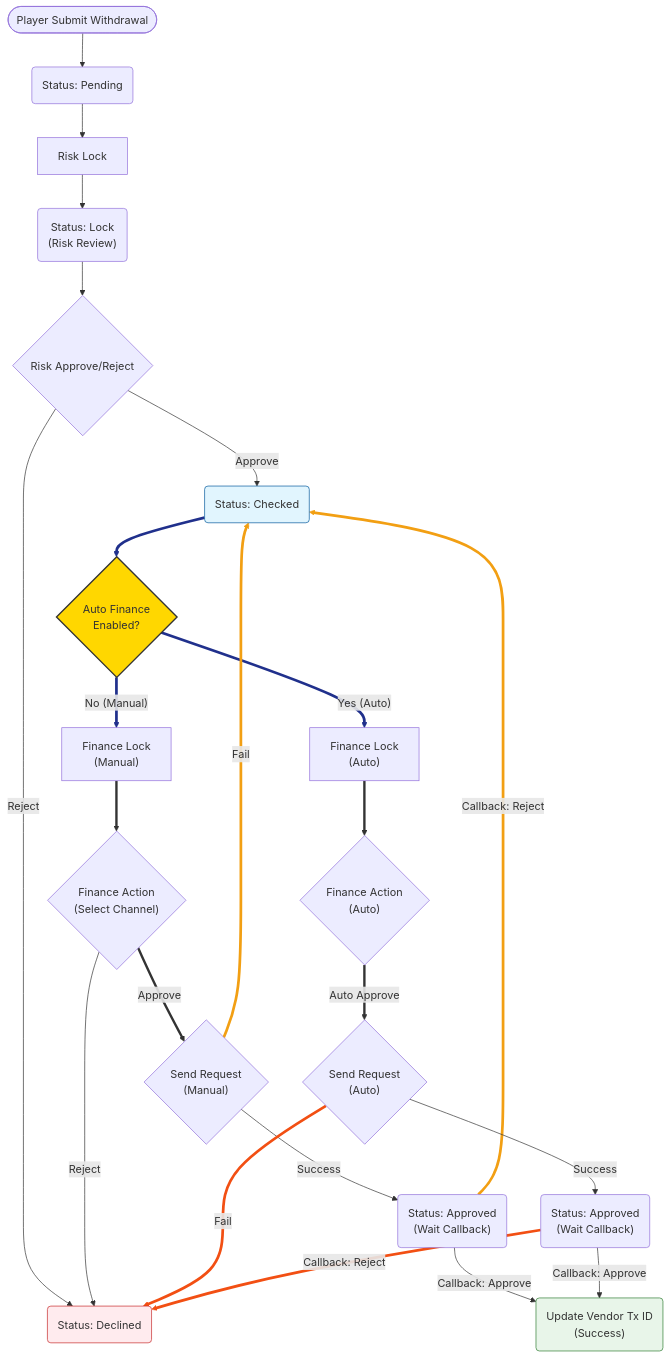
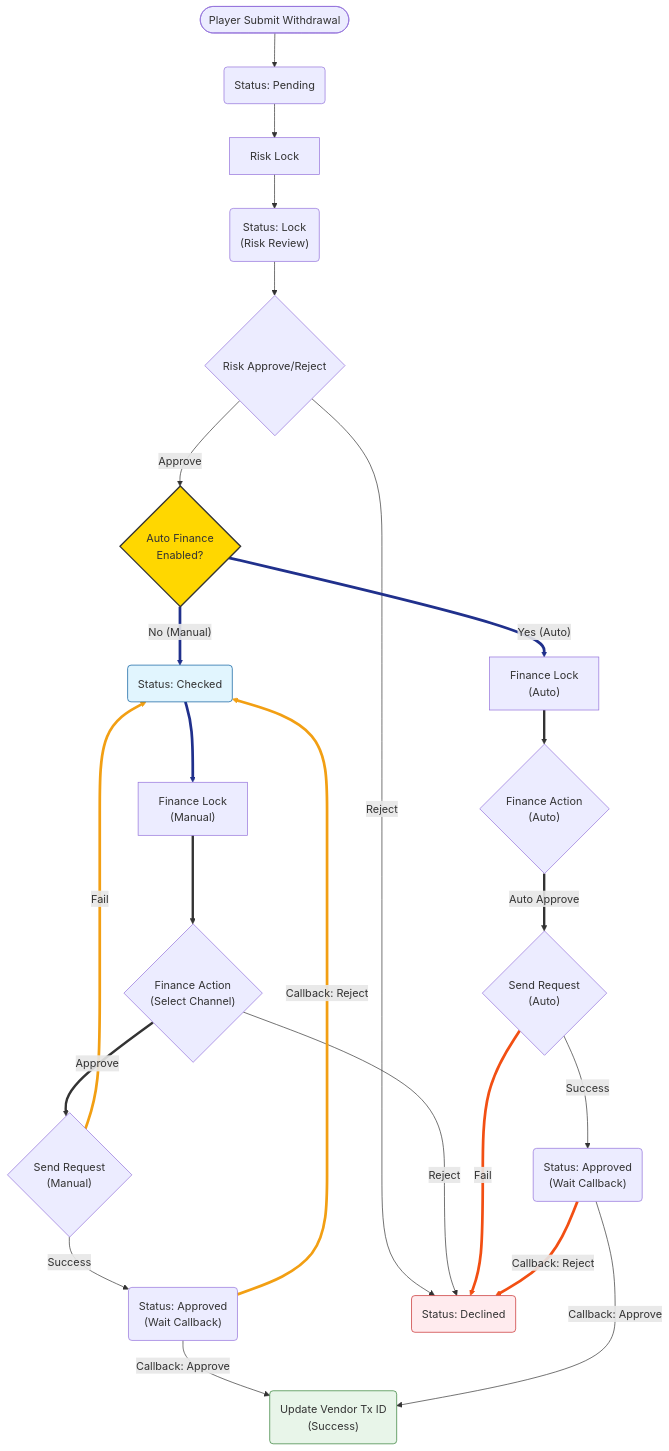
Before and after one commit to almightyken0425/SuSuGiGiSpec: the third of 3 diagrams in no99_archive/sitflowchart.md, drawn with Mermaid.

````diff
--- a/no99_archive/sitflowchart.md
+++ b/no99_archive/sitflowchart.md
@@ -203,78 +203,78 @@
 ```mermaid
 graph TD
     %% 節點定義
     Start(["Player Submit Withdrawal"])
     Pending("Status: Pending")
     
     RiskLockActionBox["Risk Lock"]
     RiskLock("Status: Lock<br/>(Risk Review)")
     
     RiskAction{"Risk Approve/Reject"}
     
     Switch{"Auto Finance<br/>Enabled?"}
     Checked("Status: Checked")
 
     FinanceLockM["Finance Lock<br/>(Manual)"]
     FinanceActionM{"Finance Action<br/>(Select Channel)"}
     RequestM{"Send Request<br/>(Manual)"}
     ApprovedM("Status: Approved<br/>(Wait Callback)")
 
     FinanceLockA["Finance Lock<br/>(Auto)"]
     FinanceActionA{"Finance Action<br/>(Auto)"}
     RequestA{"Send Request<br/>(Auto)"}
     ApprovedA("Status: Approved<br/>(Wait Callback)")
 
     Decline("Status: Declined")
     Success("Update Vendor Tx ID<br/>(Success)")
     
     %% 連接定義
     Start --> Pending
     Pending --> RiskLockActionBox
     RiskLockActionBox --> RiskLock
     RiskLock --> RiskAction
     
     RiskAction -->|"Reject"| Decline
-    RiskAction -->|"Approve"| Checked
+    RiskAction -->|"Approve"| Switch
     
-    Checked ==> Switch
+    Switch ==>|"No (Manual)"| Checked
+    Checked ==> FinanceLockM
 
-    Switch ==>|"No (Manual)"| FinanceLockM
     Switch ==>|"Yes (Auto)"| FinanceLockA
 
     FinanceLockM ==> FinanceActionM
     FinanceActionM ==>|"Approve"| RequestM
     FinanceActionM -->|"Reject"| Decline
     
     RequestM -->|"Success"| ApprovedM
     RequestM -->|"Fail"| Checked
     
     ApprovedM -->|"Callback: Approve"| Success
     ApprovedM -->|"Callback: Reject"| Checked
 
     FinanceLockA ==> FinanceActionA
     FinanceActionA ==>|"Auto Approve"| RequestA
     
     RequestA -->|"Success"| ApprovedA
     RequestA -->|"Fail"| Decline
     
     ApprovedA -->|"Callback: Approve"| Success
     ApprovedA -->|"Callback: Reject"| Decline
 
     %% linkStyle 索引對應:
     %% 0: Start->Pending, 1: Pending->RiskLockBox, 2: RiskLockBox->RiskLock
     %% 3: RiskLock->RiskAction, 4: RiskAction->Decline, 5: RiskAction->Checked
     %% 6: Checked->Switch, 7: Switch->FinanceLockM, 8: Switch->FinanceLockA
     %% 9: FinanceLockM->FinanceActionM, 10: FinanceActionM->RequestM, 11: FinanceActionM->Decline
     %% 12: RequestM->ApprovedM, 13: RequestM->Checked, 14: ApprovedM->Success, 15: ApprovedM->Checked
     %% 16: FinanceLockA->FinanceActionA, 17: FinanceActionA->RequestA
     %% 18: RequestA->ApprovedA, 19: RequestA->Decline, 20: ApprovedA->Success, 21: ApprovedA->Decline
 
     linkStyle 19,21 stroke:#F24F13,stroke-width:4px
     linkStyle 13,15 stroke:#F29F13,stroke-width:4px
     linkStyle 6,7,8 stroke:#20308c,stroke-width:4px
     
     style Switch fill:#ffd700,stroke:#333,stroke-width:2px
     style Checked fill:#e1f5fe,stroke:#01579b
     style Decline fill:#ffebee,stroke:#c62828
     style Success fill:#e8f5e9,stroke:#2e7d32
 ```
````
